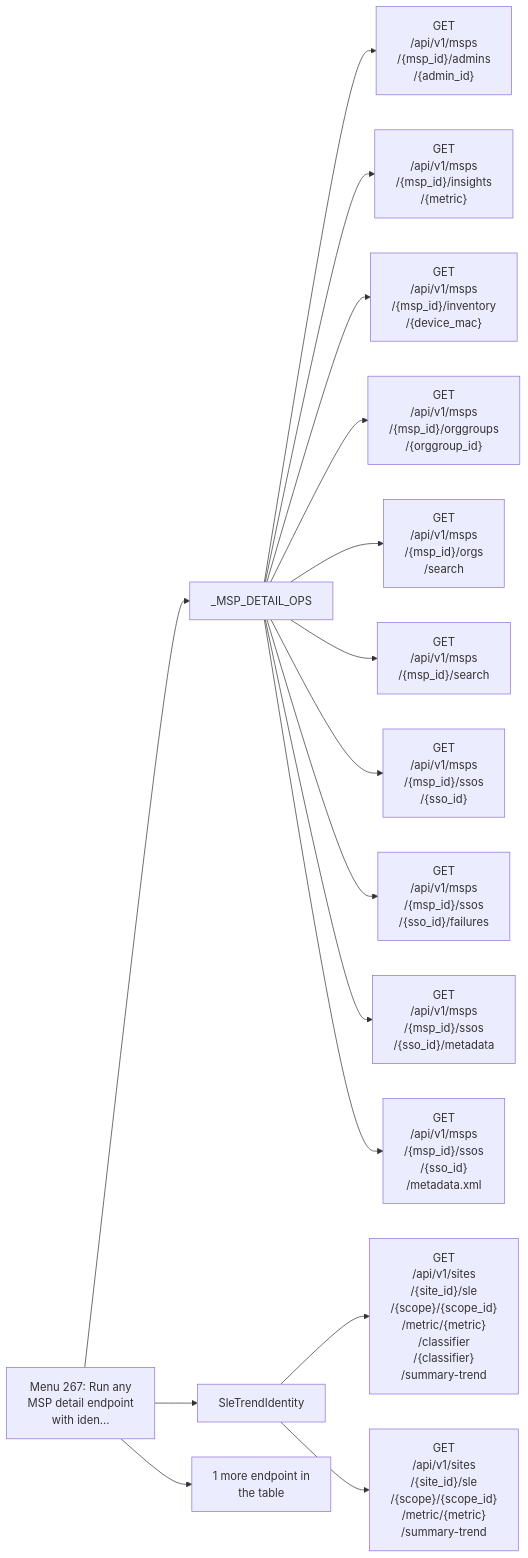
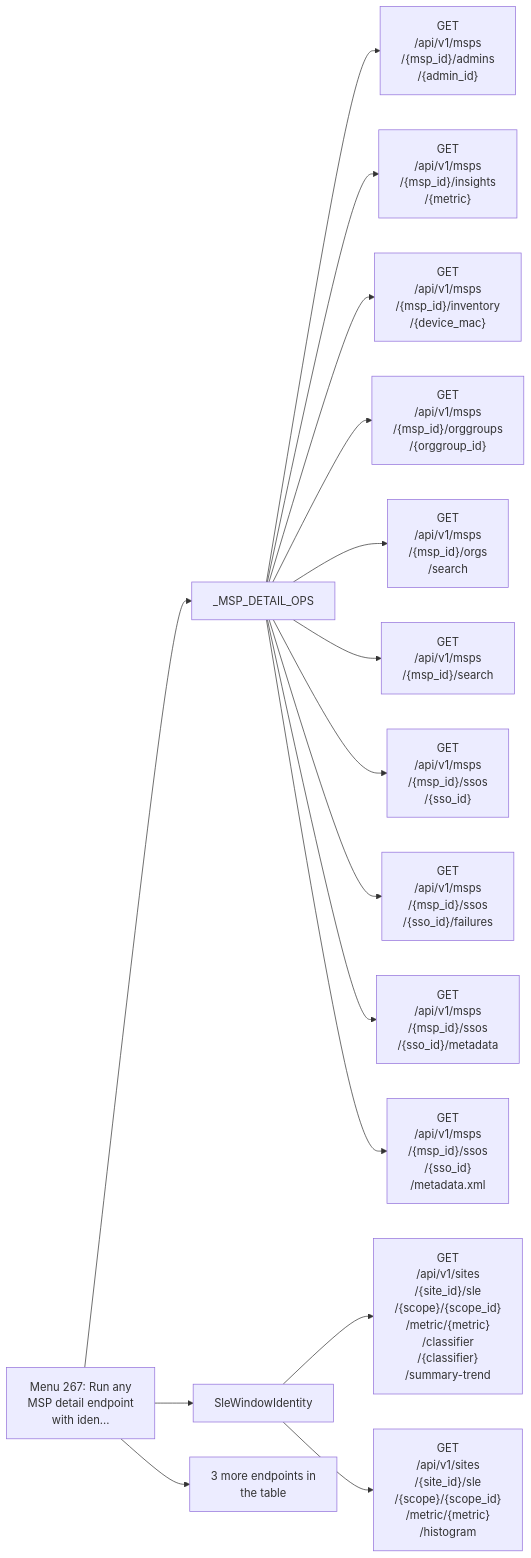
One commit to jmorrison-juniper/MistHelper changed diagram 24 of 26 in documentation/menu-api/interactive-safe.md. Above: the diagram before and after it, drawn with Mermaid. The commit also changed other lines of this file and 3 other files, not shown here.

First line of the commit message:
docs(menu-api): refresh SLE endpoint maps

````diff
--- a/documentation/menu-api/interactive-safe.md
+++ b/documentation/menu-api/interactive-safe.md
@@ -1770,19 +1778,19 @@
 ```mermaid
 flowchart LR
     menu["Menu 267: Run any<br/>MSP detail endpoint<br/>with iden..."]
     menu --> c1["_MSP_DETAIL_OPS"]
     c1 --> e1["GET<br/>/api/v1/msps<br/>/{msp_id}/admins<br/>/{admin_id}"]
     c1 --> e2["GET<br/>/api/v1/msps<br/>/{msp_id}/insights<br/>/{metric}"]
     c1 --> e3["GET<br/>/api/v1/msps<br/>/{msp_id}/inventory<br/>/{device_mac}"]
     c1 --> e4["GET<br/>/api/v1/msps<br/>/{msp_id}/orggroups<br/>/{orggroup_id}"]
     c1 --> e5["GET<br/>/api/v1/msps<br/>/{msp_id}/orgs<br/>/search"]
     c1 --> e6["GET<br/>/api/v1/msps<br/>/{msp_id}/search"]
     c1 --> e7["GET<br/>/api/v1/msps<br/>/{msp_id}/ssos<br/>/{sso_id}"]
     c1 --> e8["GET<br/>/api/v1/msps<br/>/{msp_id}/ssos<br/>/{sso_id}/failures"]
     c1 --> e9["GET<br/>/api/v1/msps<br/>/{msp_id}/ssos<br/>/{sso_id}/metadata"]
     c1 --> e10["GET<br/>/api/v1/msps<br/>/{msp_id}/ssos<br/>/{sso_id}<br/>/metadata.xml"]
-    menu --> c2["SleTrendIdentity"]
+    menu --> c2["SleWindowIdentity"]
     c2 --> e11["GET<br/>/api/v1/sites<br/>/{site_id}/sle<br/>/{scope}/{scope_id}<br/>/metric/{metric}<br/>/classifier<br/>/{classifier}<br/>/summary-trend"]
-    c2 --> e12["GET<br/>/api/v1/sites<br/>/{site_id}/sle<br/>/{scope}/{scope_id}<br/>/metric/{metric}<br/>/summary-trend"]
-    menu --> more["1 more endpoint in<br/>the table"]
+    c2 --> e12["GET<br/>/api/v1/sites<br/>/{site_id}/sle<br/>/{scope}/{scope_id}<br/>/metric/{metric}<br/>/histogram"]
+    menu --> more["3 more endpoints in<br/>the table"]
 ```
````
